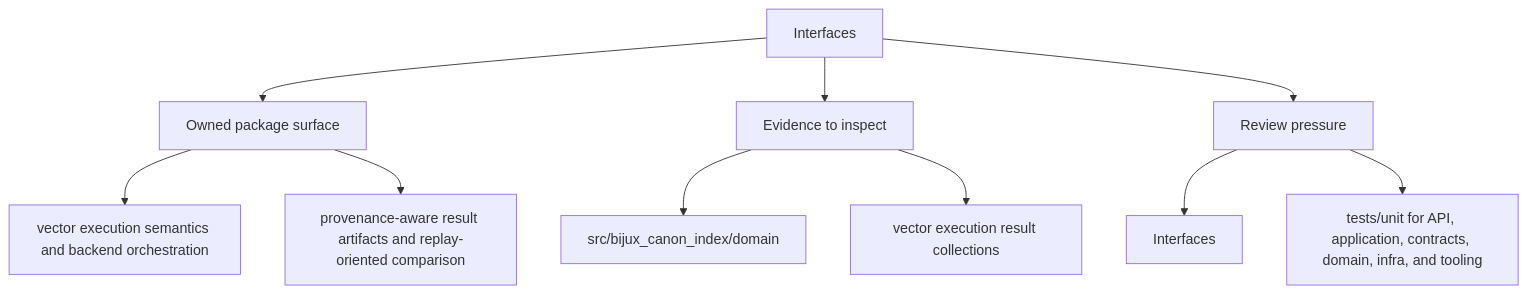
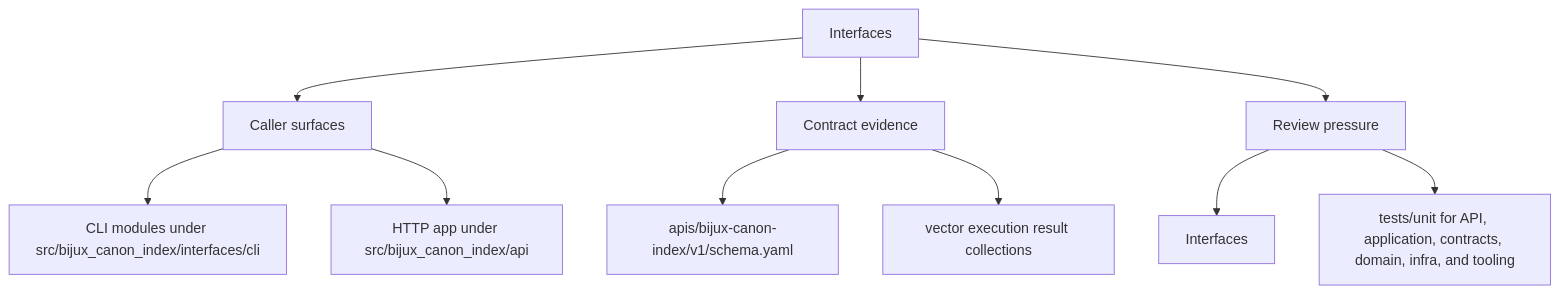
Before and after one commit to bijux/bijux-canon: the second of 2 diagrams in docs/bijux-canon-index/interfaces/index.md, drawn with Mermaid. The commit also changed other lines of this file and 250 other files, not shown here.

Commit message:
docs(diagrams): make product page maps more readable

````diff
--- a/docs/bijux-canon-index/interfaces/index.md
+++ b/docs/bijux-canon-index/interfaces/index.md
@@ -32,22 +32,22 @@
 ```mermaid
 flowchart TD
     page["Interfaces"]
-    focus1["Owned package surface"]
+    focus1["Caller surfaces"]
     page --> focus1
-    focus1_1["vector execution semantics and backend orchestration"]
+    focus1_1["CLI modules under src/bijux_canon_index/interfaces/cli"]
     focus1 --> focus1_1
-    focus1_2["provenance-aware result artifacts and replay-oriented comparison"]
+    focus1_2["HTTP app under src/bijux_canon_index/api"]
     focus1 --> focus1_2
-    focus2["Evidence to inspect"]
+    focus2["Contract evidence"]
     page --> focus2
-    focus2_1["src/bijux_canon_index/domain"]
+    focus2_1["apis/bijux-canon-index/v1/schema.yaml"]
     focus2 --> focus2_1
     focus2_2["vector execution result collections"]
     focus2 --> focus2_2
     focus3["Review pressure"]
     page --> focus3
     focus3_1["Interfaces"]
     focus3 --> focus3_1
     focus3_2["tests/unit for API, application, contracts, domain, infra, and tooling"]
     focus3 --> focus3_2
 ```
````
